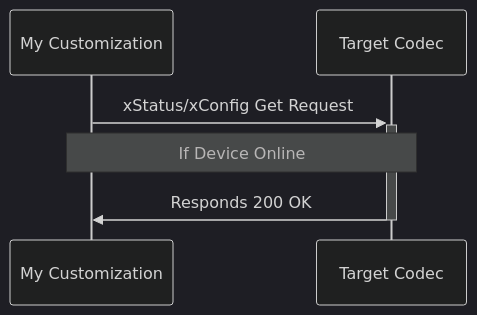
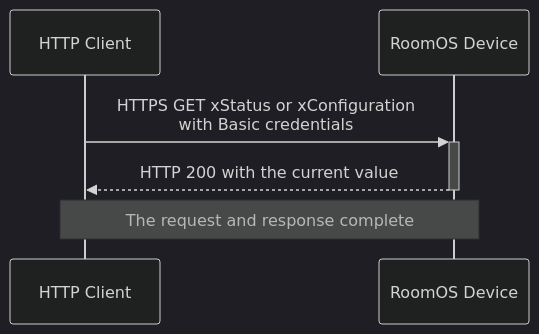
One commit to WebexCC-SA/LAB-1451 changed the first of 7 diagrams in docs/Main-Lab/RoomOS/rxp_xapi/rxp_xapi_cloud.md. Above: the diagram before and after it, drawn with Mermaid. The commit also changed other lines of this file and 1 other file, not shown here.

Commit message:
Standardize HTTP communication diagrams

````diff
--- a/docs/Main-Lab/RoomOS/rxp_xapi/rxp_xapi_cloud.md
+++ b/docs/Main-Lab/RoomOS/rxp_xapi/rxp_xapi_cloud.md
@@ -22,9 +22,9 @@
                 ``` mermaid
                 %%{init: {'theme':'dark'}}%%
                 sequenceDiagram
-                  participant My Customization
-                  participant Target Codec
-                  My Customization->>+Target Codec: xStatus/xConfig Get Request
-                  Note over My Customization,Target Codec: If Device Online
-                  Target Codec->>- My Customization: Responds 200 OK
+                  participant Client as HTTP Client
+                  participant Device as RoomOS Device
+                  Client->>+Device: HTTPS GET xStatus or xConfiguration<br>with Basic credentials
+                  Device-->>-Client: HTTP 200 with the current value
+                  Note over Client,Device: The request and response complete
                 ```
````
